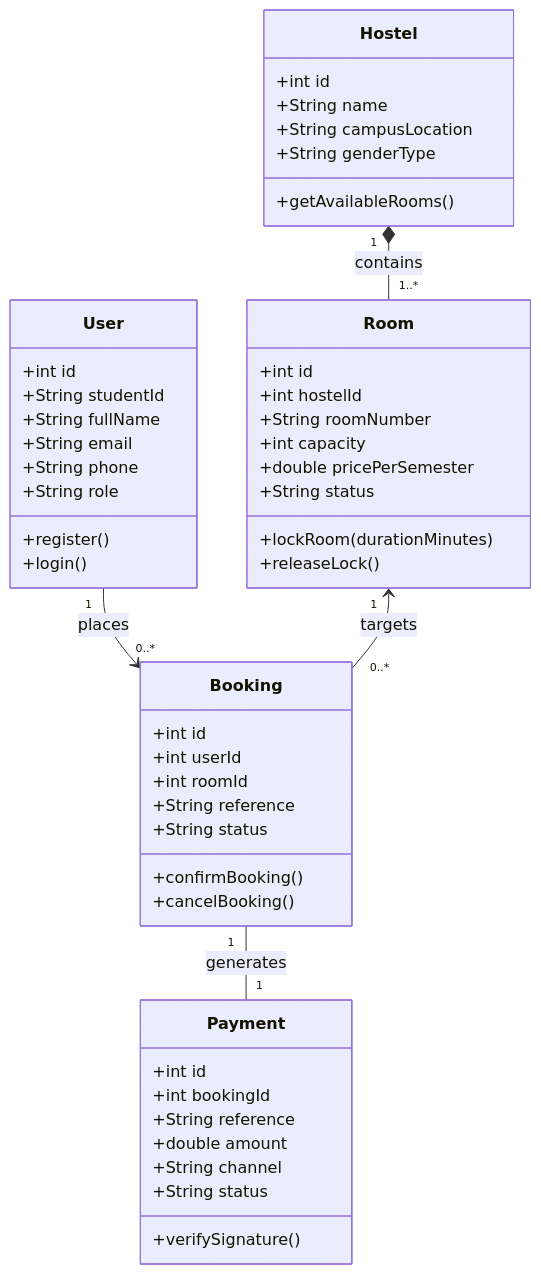
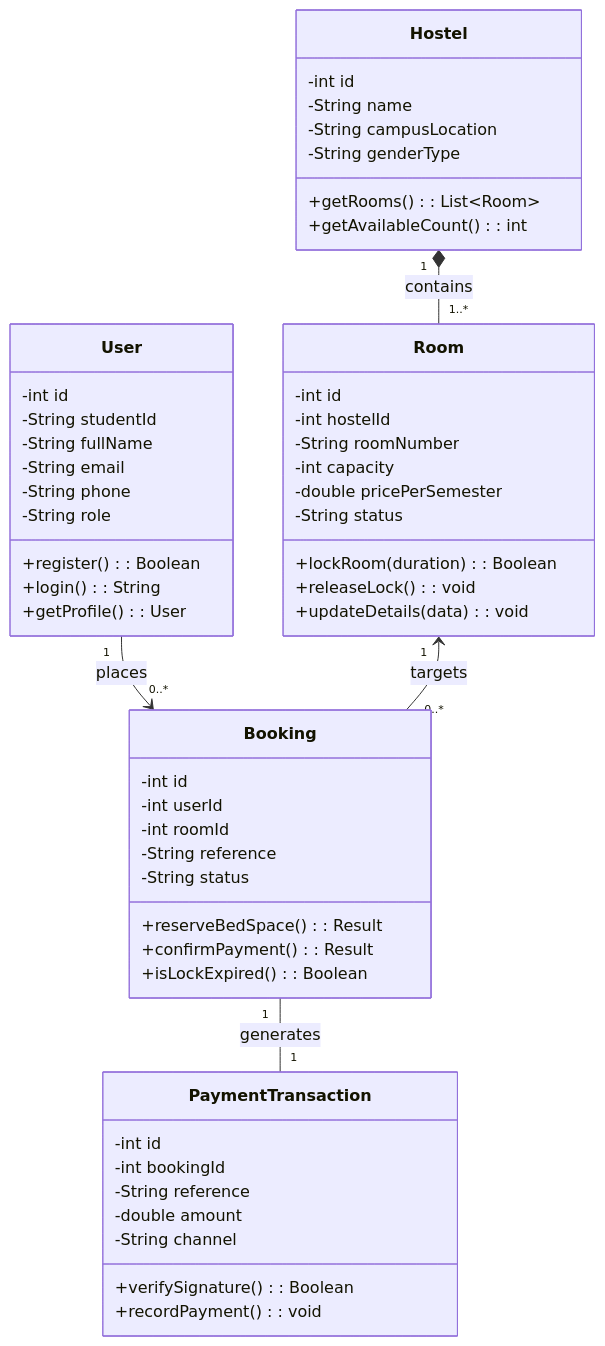
Before and after one commit to RichardAmoakoKorang11a/HostelEase: the second of 3 diagrams in docs/UML_DIAGRAMS.md, drawn with Mermaid. The commit also changed other lines of this file and 10 other files, not shown here.

Commit message:
Sandra Otu & Ibrahim Mohammed: Add complete suite of 7 visual UML and architectural SVG drawings and interactive diagrams viewer (Unit 4 & 5)

````diff
--- a/docs/UML_DIAGRAMS.md
+++ b/docs/UML_DIAGRAMS.md
@@ -44,57 +60,61 @@
 ```mermaid
 classDiagram
     class User {
-        +int id
-        +String studentId
-        +String fullName
-        +String email
-        +String phone
-        +String role
-        +register()
-        +login()
+        -int id
+        -String studentId
+        -String fullName
+        -String email
+        -String phone
+        -String role
+        +register() : Boolean
+        +login() : String
+        +getProfile() : User
     }
 
     class Hostel {
-        +int id
-        +String name
-        +String campusLocation
-        +String genderType
-        +getAvailableRooms()
+        -int id
+        -String name
+        -String campusLocation
+        -String genderType
+        +getRooms() : List~Room~
+        +getAvailableCount() : int
     }
 
     class Room {
-        +int id
-        +int hostelId
-        +String roomNumber
-        +int capacity
-        +double pricePerSemester
-        +String status
-        +lockRoom(durationMinutes)
-        +releaseLock()
+        -int id
+        -int hostelId
+        -String roomNumber
+        -int capacity
+        -double pricePerSemester
+        -String status
+        +lockRoom(duration) : Boolean
+        +releaseLock() : void
+        +updateDetails(data) : void
     }
 
     class Booking {
-        +int id
-        +int userId
-        +int roomId
-        +String reference
-        +String status
-        +confirmBooking()
-        +cancelBooking()
+        -int id
+        -int userId
+        -int roomId
+        -String reference
+        -String status
+        +reserveBedSpace() : Result
+        +confirmPayment() : Result
+        +isLockExpired() : Boolean
     }
 
-    class Payment {
-        +int id
-        +int bookingId
-        +String reference
-        +double amount
-        +String channel
-        +String status
-        +verifySignature()
+    class PaymentTransaction {
+        -int id
+        -int bookingId
+        -String reference
+        -double amount
+        -String channel
+        +verifySignature() : Boolean
+        +recordPayment() : void
     }
 
     User "1" --> "0..*" Booking : places
     Hostel "1" *-- "1..*" Room : contains
     Room "1" <-- "0..*" Booking : targets
-    Booking "1" -- "1" Payment : generates
+    Booking "1" -- "1" PaymentTransaction : generates
 ```
````
